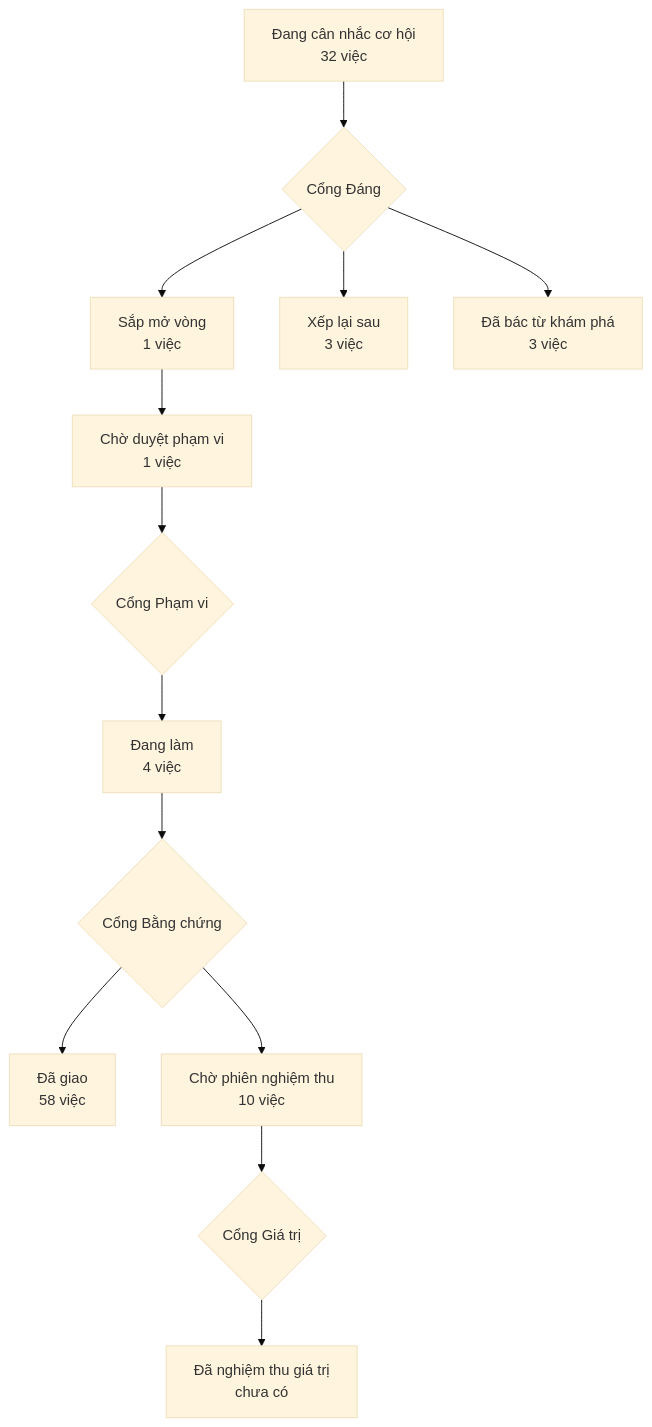
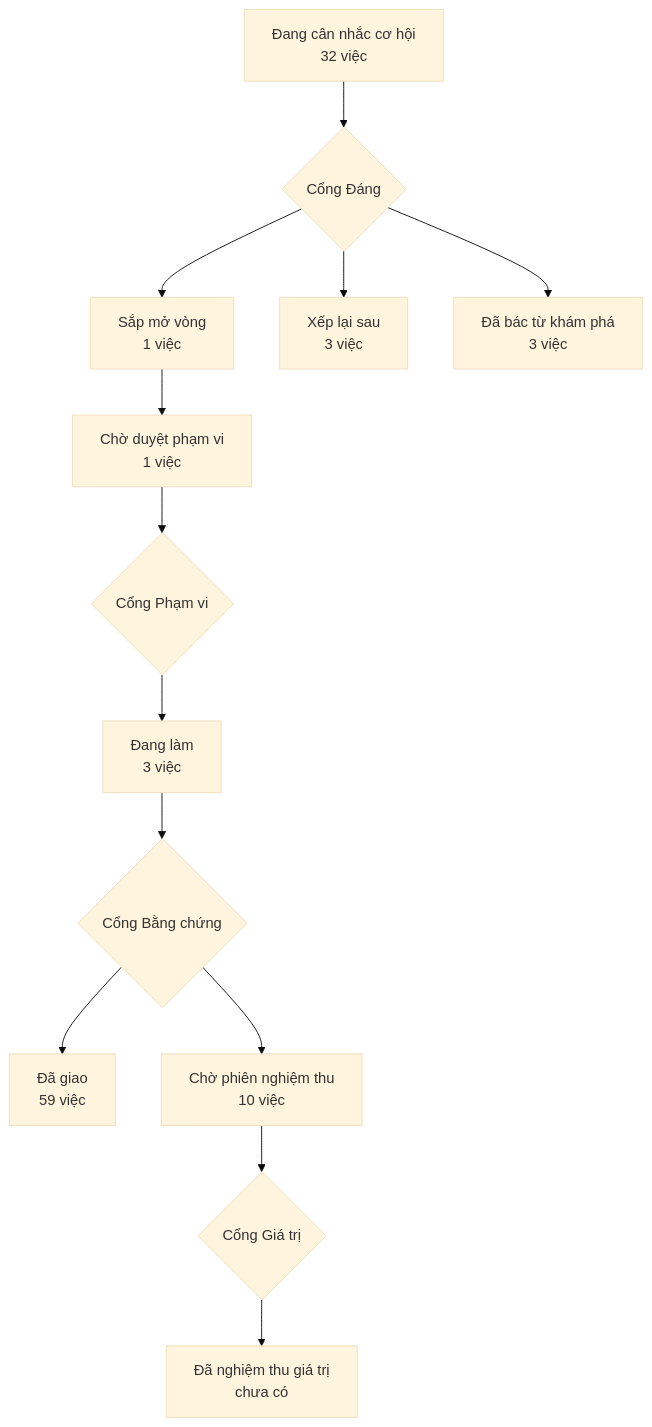
The diagram in PRODUCT-MAP.md (phanlemanh/acceptance-gate-kit), drawn with Mermaid (base theme) before and after one commit. The commit also changed 6 other files, not shown here.

````diff
--- a/PRODUCT-MAP.md
+++ b/PRODUCT-MAP.md
@@ -6,12 +6,12 @@
 ```mermaid
 flowchart TD
   A["Đang cân nhắc cơ hội<br/>32 việc"] --> GD{"Cổng Đáng"}
   GD --> B["Sắp mở vòng<br/>1 việc"]
   GD --> XL["Xếp lại sau<br/>3 việc"]
   GD --> DB["Đã bác từ khám phá<br/>3 việc"]
   B --> CD["Chờ duyệt phạm vi<br/>1 việc"] --> GP{"Cổng Phạm vi"}
-  GP --> DL["Đang làm<br/>4 việc"] --> GB{"Cổng Bằng chứng"}
-  GB --> DG["Đã giao<br/>58 việc"]
+  GP --> DL["Đang làm<br/>3 việc"] --> GB{"Cổng Bằng chứng"}
+  GB --> DG["Đã giao<br/>59 việc"]
   GB --> CN["Chờ phiên nghiệm thu<br/>10 việc"] --> GG{"Cổng Giá trị"}
   GG --> NT["Đã nghiệm thu giá trị<br/>chưa có"]
 ```
````
